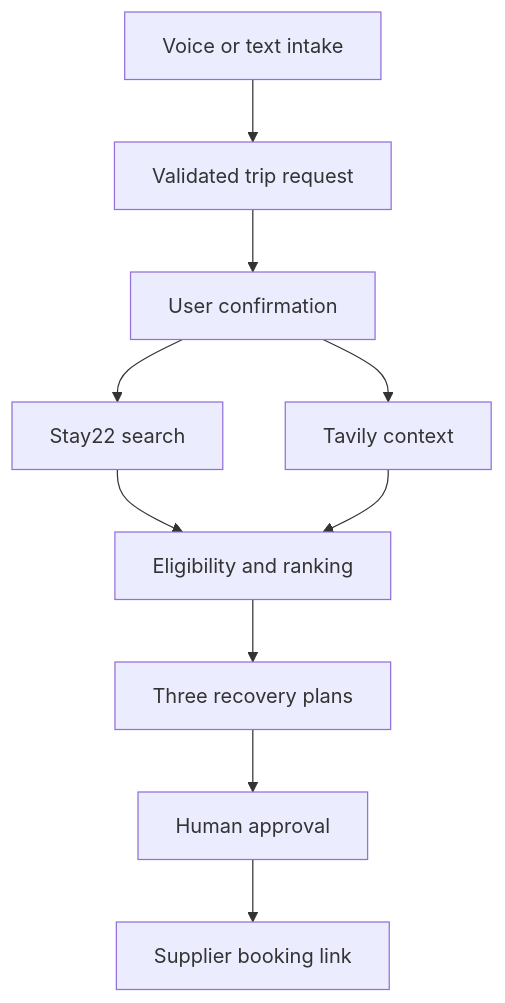
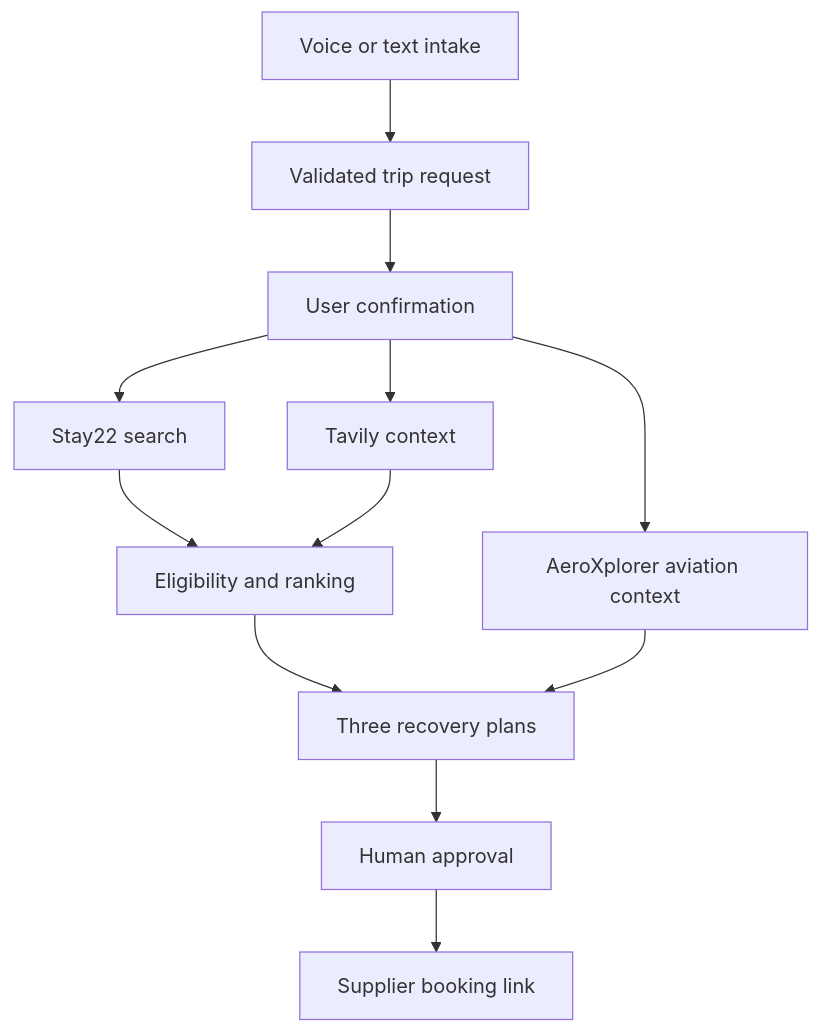
Before and after one commit to rexbel/landingpad-travel-recovery: the diagram in docs/architecture.md, drawn with Mermaid. The commit also changed other lines of this file and 20 other files, not shown here.

Commit message:
Integrate AeroXplorer aviation context

````diff
--- a/docs/architecture.md
+++ b/docs/architecture.md
@@ -5,12 +5,14 @@
 ```mermaid
 flowchart TD
     A["Voice or text intake"] --> B["Validated trip request"]
     B --> C["User confirmation"]
     C --> D["Stay22 search"]
     C --> E["Tavily context"]
+    C --> J["AeroXplorer aviation context"]
     D --> F["Eligibility and ranking"]
     E --> F
     F --> G["Three recovery plans"]
+    J --> G
     G --> H["Human approval"]
     H --> I["Supplier booking link"]
 ```
````
